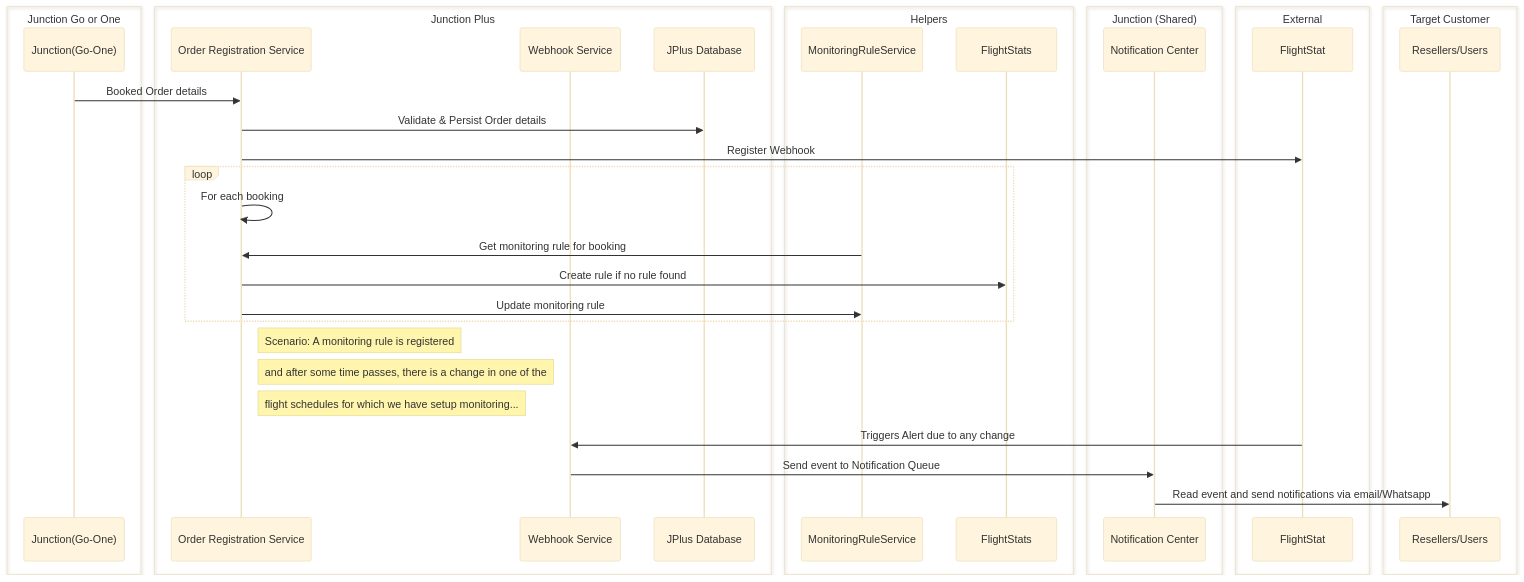
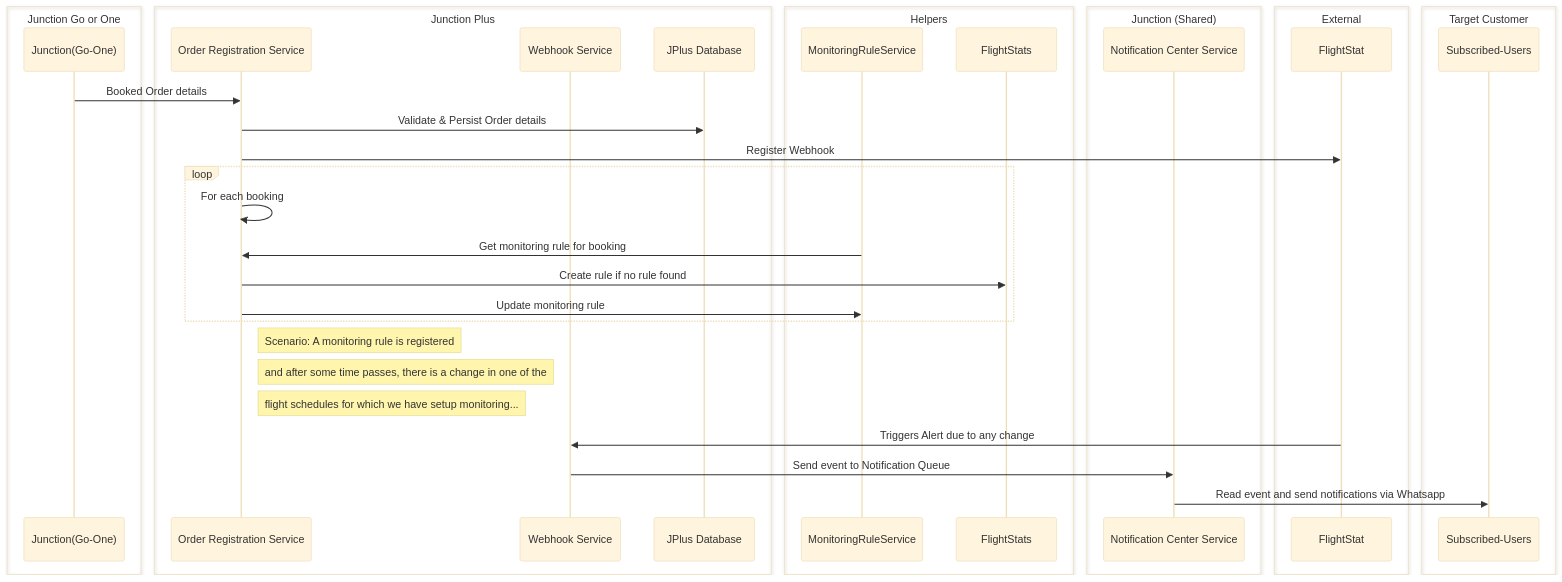
One commit to marimargaryan86/performancetesting changed the third of 11 diagrams in docs/engineering/docs/projects/junction/plus.md. Above: the diagram before and after it, drawn with Mermaid (base theme). The commit also changed other lines of this file, not shown here.

````diff
--- a/docs/engineering/docs/projects/junction/plus.md
+++ b/docs/engineering/docs/projects/junction/plus.md
@@ -119,54 +140,54 @@
 ```mermaid
 sequenceDiagram
 
     box  Junction Go or One
         participant J as Junction(Go-One)
     end
 
     box  Junction Plus
         participant ORS as Order Registration Service
         participant WHS as Webhook Service
         participant O as JPlus Database
     end
 
     box  Helpers
     participant MRS as MonitoringRuleService
     participant FSS as FlightStats
     end
 
 
 
     box Junction (Shared)
-        participant NC as Notification Center
+        participant NC as Notification Center Service
     end
 
     box External
         participant FSEX as FlightStat
     end
 
     box  Target Customer
-        participant T as Resellers/Users
+        participant T as Subscribed-Users
     end
 
     J->>ORS: Booked Order details
     ORS->>O: Validate & Persist Order details
     ORS->>FSEX: Register Webhook
 
     loop
     ORS->>ORS: For each booking
     MRS->>ORS: Get monitoring rule for booking
     ORS->>FSS: Create rule if no rule found
     ORS->> MRS: Update monitoring rule
     end
 
     Note right of ORS: Scenario: A monitoring rule is registered
     Note right of ORS: and after some time passes, there is a change in one of the
     Note right of ORS: flight schedules for which we have setup monitoring...
 
 
 
     FSEX->>WHS: Triggers Alert due to any change
     WHS->>NC: Send event to Notification Queue
-    NC->>T: Read event and send notifications via email/Whatsapp
+    NC->>T: Read event and send notifications via Whatsapp
 
 ```
````
